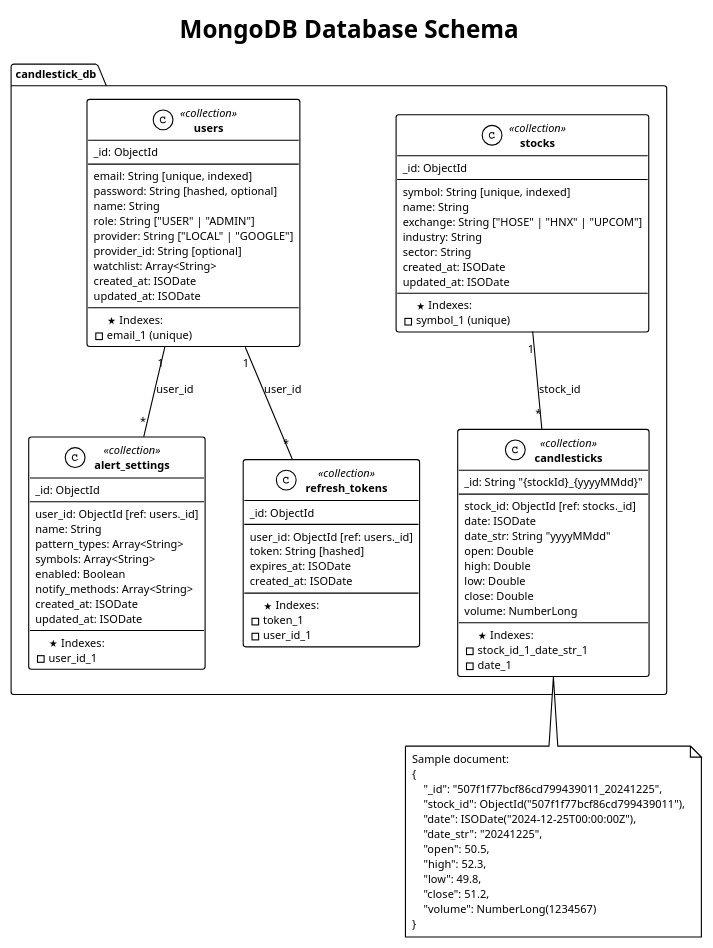
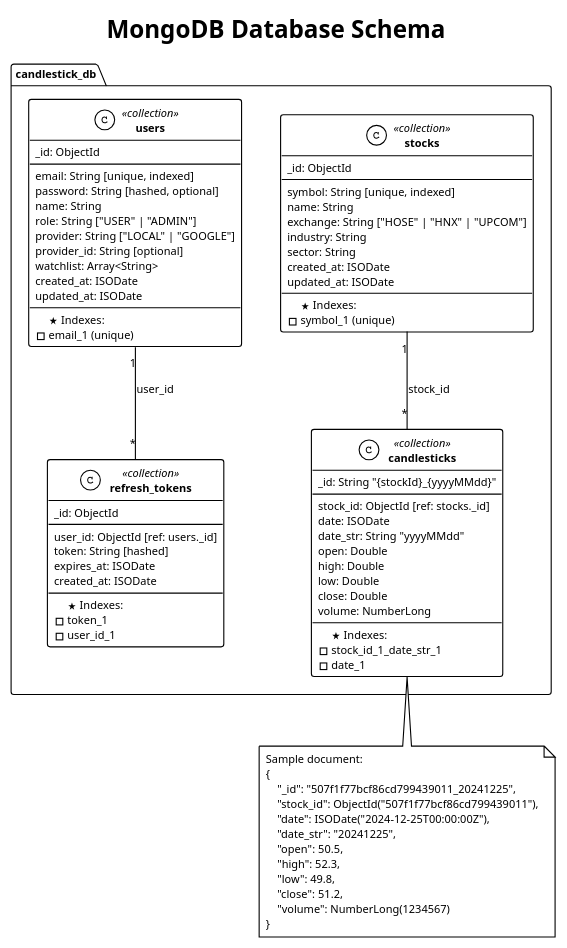
Before and after one commit to enel2906/graduation-thesis-diagram: the diagram in chapter4/database-schema.puml, drawn with PlantUML. The commit also changed 25 other files, not shown here.

Commit message:
update diagram chapter4

```diff
--- a/chapter4/database-schema.puml
+++ b/chapter4/database-schema.puml
@@ -1,111 +1,100 @@
 @startuml database-schema
 
 !theme plain
 skinparam backgroundColor #FFFFFF
 skinparam defaultFontName Arial
 skinparam defaultFontSize 10
 skinparam classFontStyle bold
+skinparam ClassBackgroundColor #FFFFFF
+skinparam ClassBorderColor #000000
+skinparam NoteBackgroundColor #FFFFFF
+skinparam NoteBorderColor #000000
+skinparam PackageBackgroundColor #FFFFFF
+skinparam PackageBorderColor #000000
 
 title MongoDB Database Schema
 
 package "candlestick_db" {
     
     class "stocks" <<collection>> {
         _id: ObjectId
         --
         symbol: String [unique, indexed]
         name: String
         exchange: String ["HOSE" | "HNX" | "UPCOM"]
         industry: String
         sector: String
         created_at: ISODate
         updated_at: ISODate
         --
         <&star> Indexes:
         - symbol_1 (unique)
     }
     
     class "candlesticks" <<collection>> {
         _id: String "{stockId}_{yyyyMMdd}"
         --
         stock_id: ObjectId [ref: stocks._id]
         date: ISODate
         date_str: String "yyyyMMdd"
         open: Double
         high: Double
         low: Double
         close: Double
         volume: NumberLong
         --
         <&star> Indexes:
         - stock_id_1_date_str_1
         - date_1
     }
     
     class "users" <<collection>> {
         _id: ObjectId
         --
         email: String [unique, indexed]
         password: String [hashed, optional]
         name: String
         role: String ["USER" | "ADMIN"]
         provider: String ["LOCAL" | "GOOGLE"]
         provider_id: String [optional]
         watchlist: Array<String>
         created_at: ISODate
         updated_at: ISODate
         --
         <&star> Indexes:
         - email_1 (unique)
     }
     
-    class "alert_settings" <<collection>> {
-        _id: ObjectId
-        --
-        user_id: ObjectId [ref: users._id]
-        name: String
-        pattern_types: Array<String>
-        symbols: Array<String>
-        enabled: Boolean
-        notify_methods: Array<String>
-        created_at: ISODate
-        updated_at: ISODate
-        --
-        <&star> Indexes:
-        - user_id_1
-    }
-    
     class "refresh_tokens" <<collection>> {
         _id: ObjectId
         --
         user_id: ObjectId [ref: users._id]
         token: String [hashed]
         expires_at: ISODate
         created_at: ISODate
         --
         <&star> Indexes:
         - token_1
         - user_id_1
     }
 }
 
 stocks "1" -- "*" candlesticks : stock_id
-users "1" -- "*" alert_settings : user_id
 users "1" -- "*" refresh_tokens : user_id
 
 note bottom of candlesticks
     Sample document:
     {
         "_id": "507f1f77bcf86cd799439011_20241225",
         "stock_id": ObjectId("507f1f77bcf86cd799439011"),
         "date": ISODate("2024-12-25T00:00:00Z"),
         "date_str": "20241225",
         "open": 50.5,
         "high": 52.3,
         "low": 49.8,
         "close": 51.2,
         "volume": NumberLong(1234567)
     }
 end note
 
 @enduml
```
